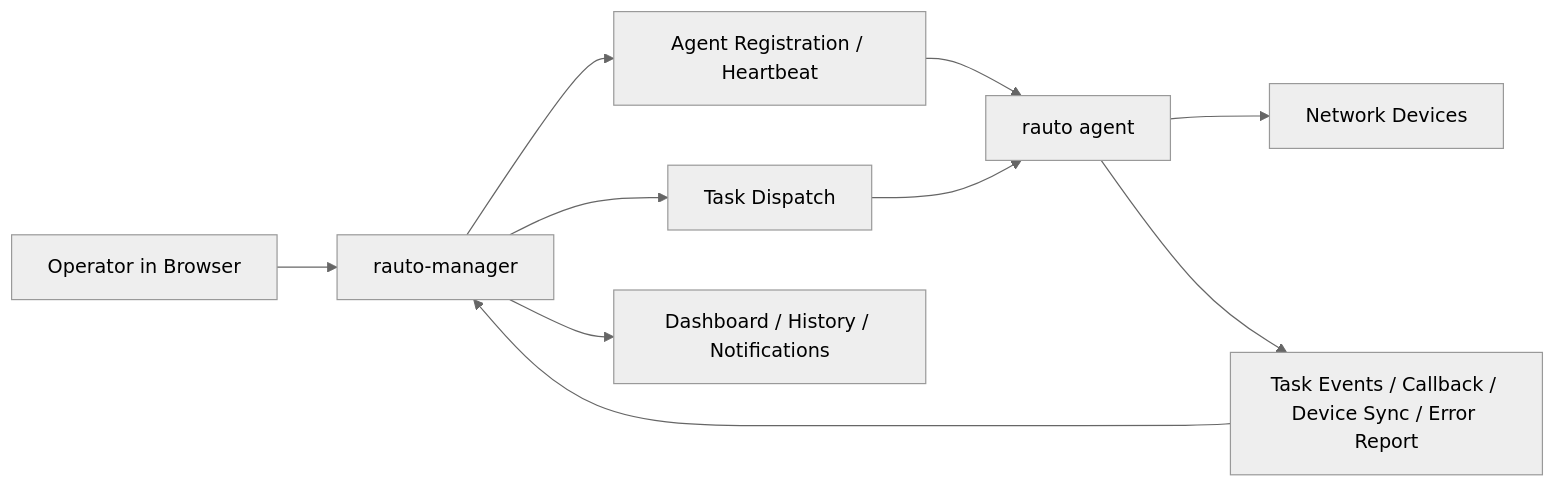
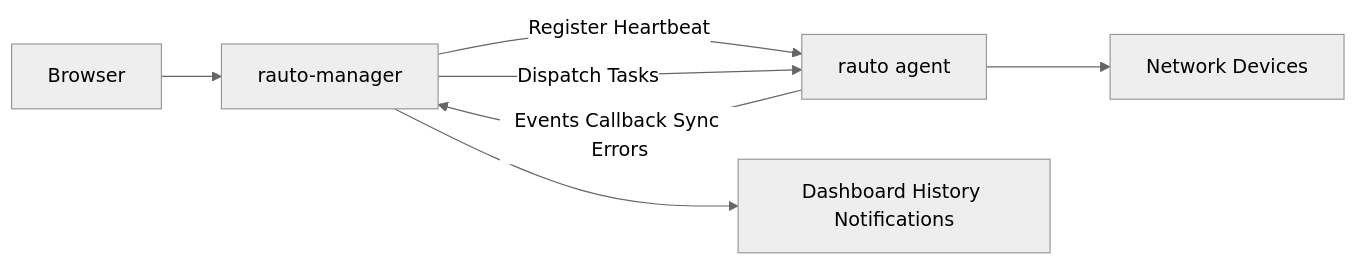
One commit to demohiiiii/rauto-manager changed the diagram in README.md. Above: the diagram before and after it, drawn with Mermaid (neutral theme). The commit also changed 1 other file, not shown here.

Commit message:
fix: Readme graph

````diff
--- a/README.md
+++ b/README.md
@@ -69,12 +69,9 @@
 ```mermaid
 flowchart LR
-    A["Operator in Browser"] --> B["rauto-manager"]
-    B --> C["Agent Registration / Heartbeat"]
-    C --> D["rauto agent"]
-    B --> E["Task Dispatch"]
-    E --> D
-    D --> F["Network Devices"]
-    D --> G["Task Events / Callback / Device Sync / Error Report"]
-    G --> B
-    B --> H["Dashboard / History / Notifications"]
+    browser[Browser] --> manager[rauto-manager]
+    manager -->|Register Heartbeat| agent[rauto agent]
+    manager -->|Dispatch Tasks| agent
+    agent --> devices[Network Devices]
+    agent -->|Events Callback Sync Errors| manager
+    manager --> views[Dashboard History Notifications]
 ```
````
